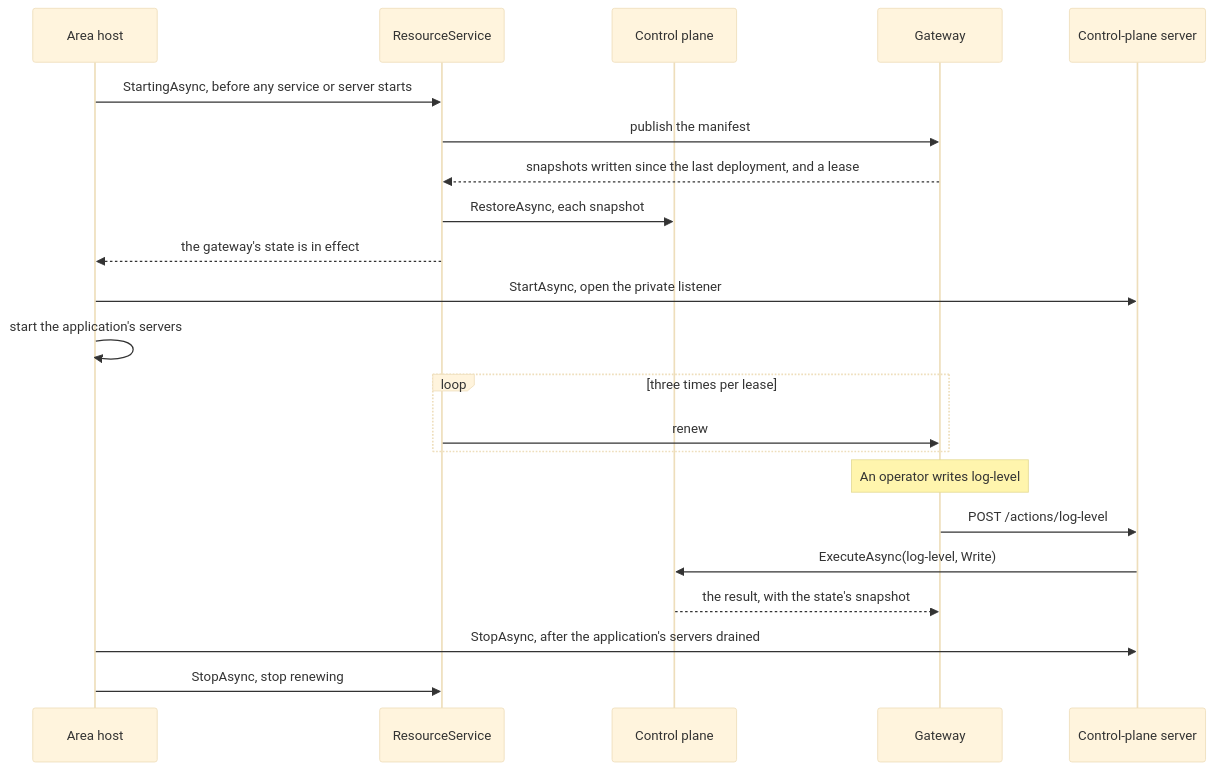
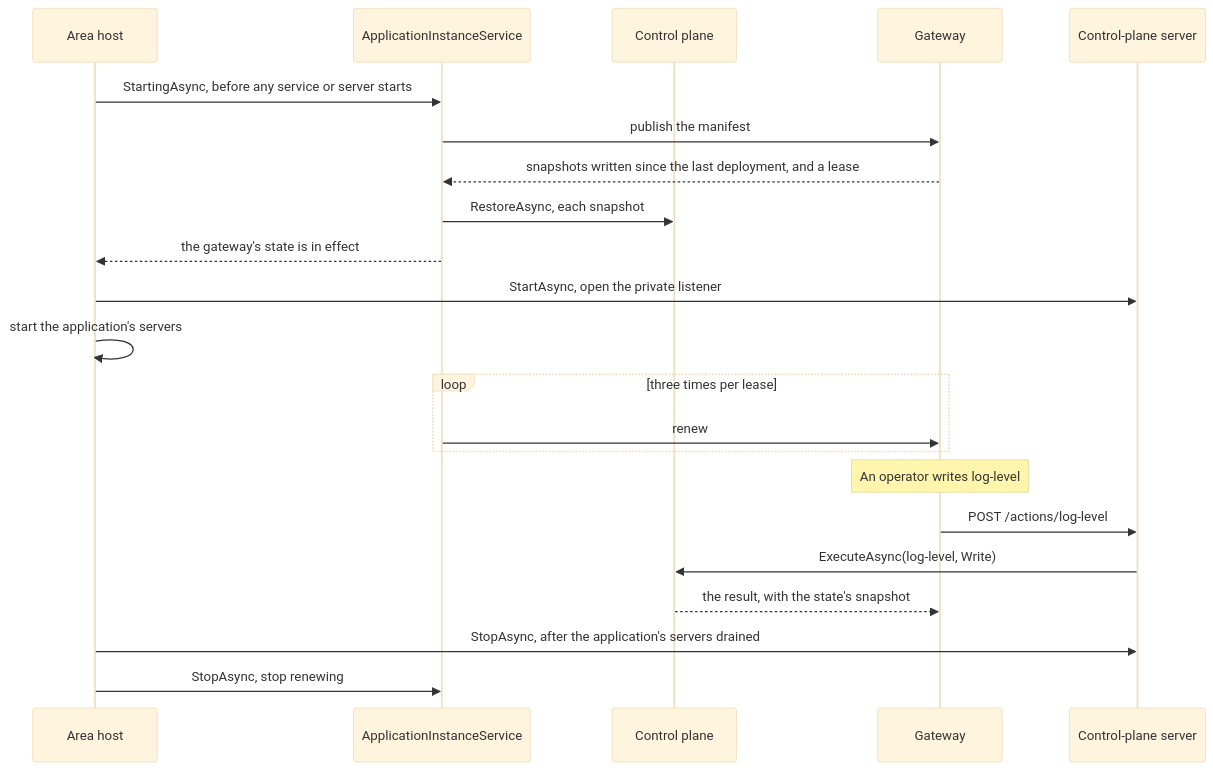
Before and after one commit to assimalign/cohesion: the second of 2 diagrams in libraries/ApplicationModel/Assimalign.Cohesion.ApplicationModel.Hosting/docs/DESIGN.md, drawn with Mermaid (base theme). The commit also changed other lines of this file and 163 other files, not shown here.

````diff
--- a/libraries/ApplicationModel/Assimalign.Cohesion.ApplicationModel.Hosting/docs/DESIGN.md
+++ b/libraries/ApplicationModel/Assimalign.Cohesion.ApplicationModel.Hosting/docs/DESIGN.md
@@ -79,24 +79,24 @@
 ```mermaid
 sequenceDiagram
     participant Host as Area host
-    participant RS as ResourceService
+    participant RS as ApplicationInstanceService
     participant CP as Control plane
     participant GW as Gateway
     participant Srv as Control-plane server
     Host->>RS: StartingAsync, before any service or server starts
     RS->>GW: publish the manifest
     GW-->>RS: snapshots written since the last deployment, and a lease
     RS->>CP: RestoreAsync, each snapshot
     RS-->>Host: the gateway's state is in effect
     Host->>Srv: StartAsync, open the private listener
     Host->>Host: start the application's servers
     loop three times per lease
         RS->>GW: renew
     end
     Note over GW: An operator writes log-level
     GW->>Srv: POST /actions/log-level
     Srv->>CP: ExecuteAsync(log-level, Write)
     CP-->>GW: the result, with the state's snapshot
     Host->>Srv: StopAsync, after the application's servers drained
     Host->>RS: StopAsync, stop renewing
 ```
````
